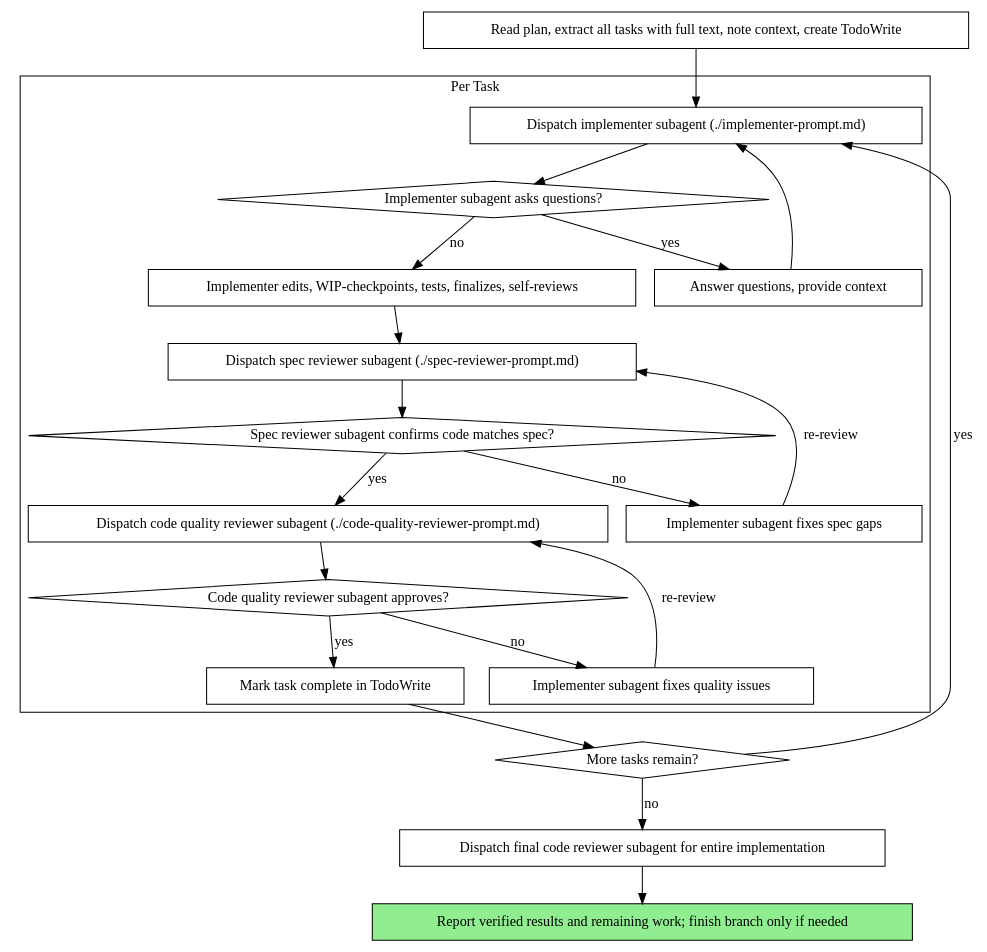
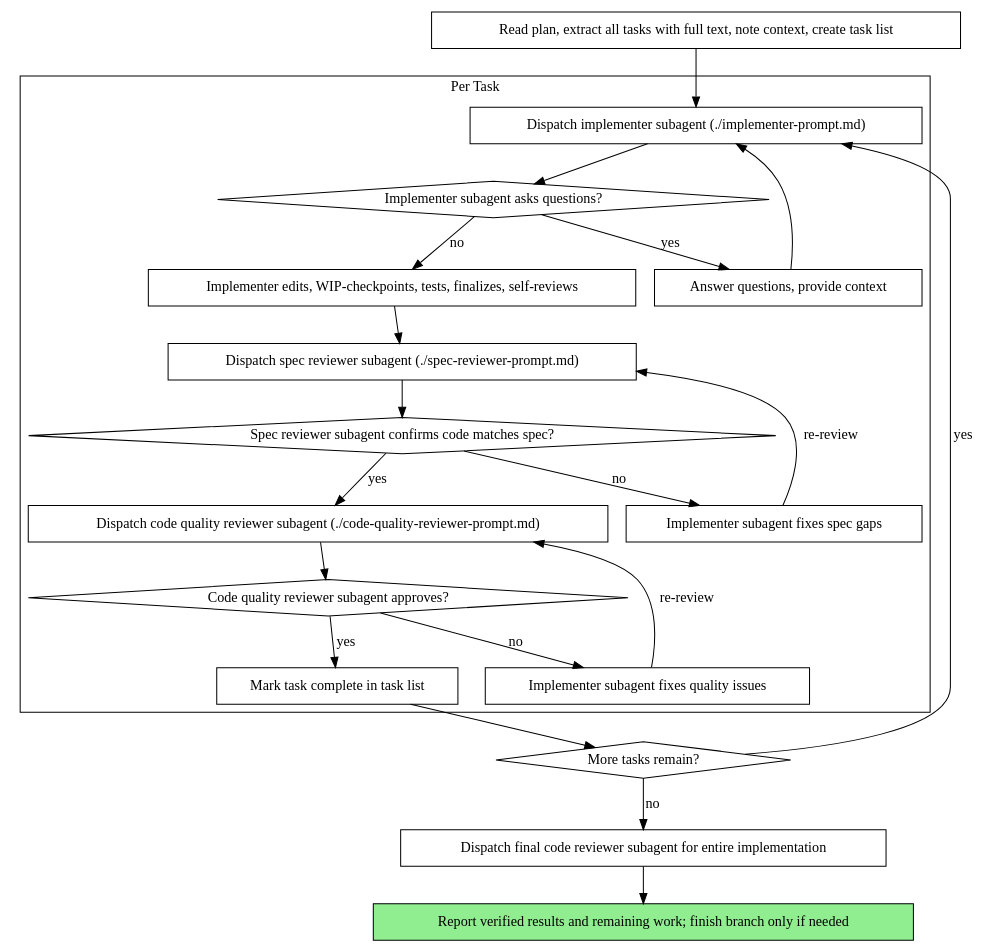
Before and after one commit to tarasglek/obra-superpowers-skills: the second of 2 diagrams in skills/subagent-driven-development/SKILL.md, drawn with Graphviz. The commit also changed other lines of this file and 6 other files, not shown here.

````diff
--- a/skills/subagent-driven-development/SKILL.md
+++ b/skills/subagent-driven-development/SKILL.md
@@ -40,44 +39,44 @@
 ```dot
 digraph process {
     rankdir=TB;
 
     subgraph cluster_per_task {
         label="Per Task";
         "Dispatch implementer subagent (./implementer-prompt.md)" [shape=box];
         "Implementer subagent asks questions?" [shape=diamond];
         "Answer questions, provide context" [shape=box];
         "Implementer edits, WIP-checkpoints, tests, finalizes, self-reviews" [shape=box];
         "Dispatch spec reviewer subagent (./spec-reviewer-prompt.md)" [shape=box];
         "Spec reviewer subagent confirms code matches spec?" [shape=diamond];
         "Implementer subagent fixes spec gaps" [shape=box];
         "Dispatch code quality reviewer subagent (./code-quality-reviewer-prompt.md)" [shape=box];
         "Code quality reviewer subagent approves?" [shape=diamond];
         "Implementer subagent fixes quality issues" [shape=box];
-        "Mark task complete in TodoWrite" [shape=box];
+        "Mark task complete in task list" [shape=box];
     }
 
-    "Read plan, extract all tasks with full text, note context, create TodoWrite" [shape=box];
+    "Read plan, extract all tasks with full text, note context, create task list" [shape=box];
     "More tasks remain?" [shape=diamond];
     "Dispatch final code reviewer subagent for entire implementation" [shape=box];
     "Report verified results and remaining work; finish branch only if needed" [shape=box style=filled fillcolor=lightgreen];
 
-    "Read plan, extract all tasks with full text, note context, create TodoWrite" -> "Dispatch implementer subagent (./implementer-prompt.md)";
+    "Read plan, extract all tasks with full text, note context, create task list" -> "Dispatch implementer subagent (./implementer-prompt.md)";
     "Dispatch implementer subagent (./implementer-prompt.md)" -> "Implementer subagent asks questions?";
     "Implementer subagent asks questions?" -> "Answer questions, provide context" [label="yes"];
     "Answer questions, provide context" -> "Dispatch implementer subagent (./implementer-prompt.md)";
     "Implementer subagent asks questions?" -> "Implementer edits, WIP-checkpoints, tests, finalizes, self-reviews" [label="no"];
     "Implementer edits, WIP-checkpoints, tests, finalizes, self-reviews" -> "Dispatch spec reviewer subagent (./spec-reviewer-prompt.md)";
     "Dispatch spec reviewer subagent (./spec-reviewer-prompt.md)" -> "Spec reviewer subagent confirms code matches spec?";
     "Spec reviewer subagent confirms code matches spec?" -> "Implementer subagent fixes spec gaps" [label="no"];
     "Implementer subagent fixes spec gaps" -> "Dispatch spec reviewer subagent (./spec-reviewer-prompt.md)" [label="re-review"];
     "Spec reviewer subagent confirms code matches spec?" -> "Dispatch code quality reviewer subagent (./code-quality-reviewer-prompt.md)" [label="yes"];
     "Dispatch code quality reviewer subagent (./code-quality-reviewer-prompt.md)" -> "Code quality reviewer subagent approves?";
     "Code quality reviewer subagent approves?" -> "Implementer subagent fixes quality issues" [label="no"];
     "Implementer subagent fixes quality issues" -> "Dispatch code quality reviewer subagent (./code-quality-reviewer-prompt.md)" [label="re-review"];
-    "Code quality reviewer subagent approves?" -> "Mark task complete in TodoWrite" [label="yes"];
-    "Mark task complete in TodoWrite" -> "More tasks remain?";
+    "Code quality reviewer subagent approves?" -> "Mark task complete in task list" [label="yes"];
+    "Mark task complete in task list" -> "More tasks remain?";
     "More tasks remain?" -> "Dispatch implementer subagent (./implementer-prompt.md)" [label="yes"];
     "More tasks remain?" -> "Dispatch final code reviewer subagent for entire implementation" [label="no"];
     "Dispatch final code reviewer subagent for entire implementation" -> "Report verified results and remaining work; finish branch only if needed";
 }
 ```
````
